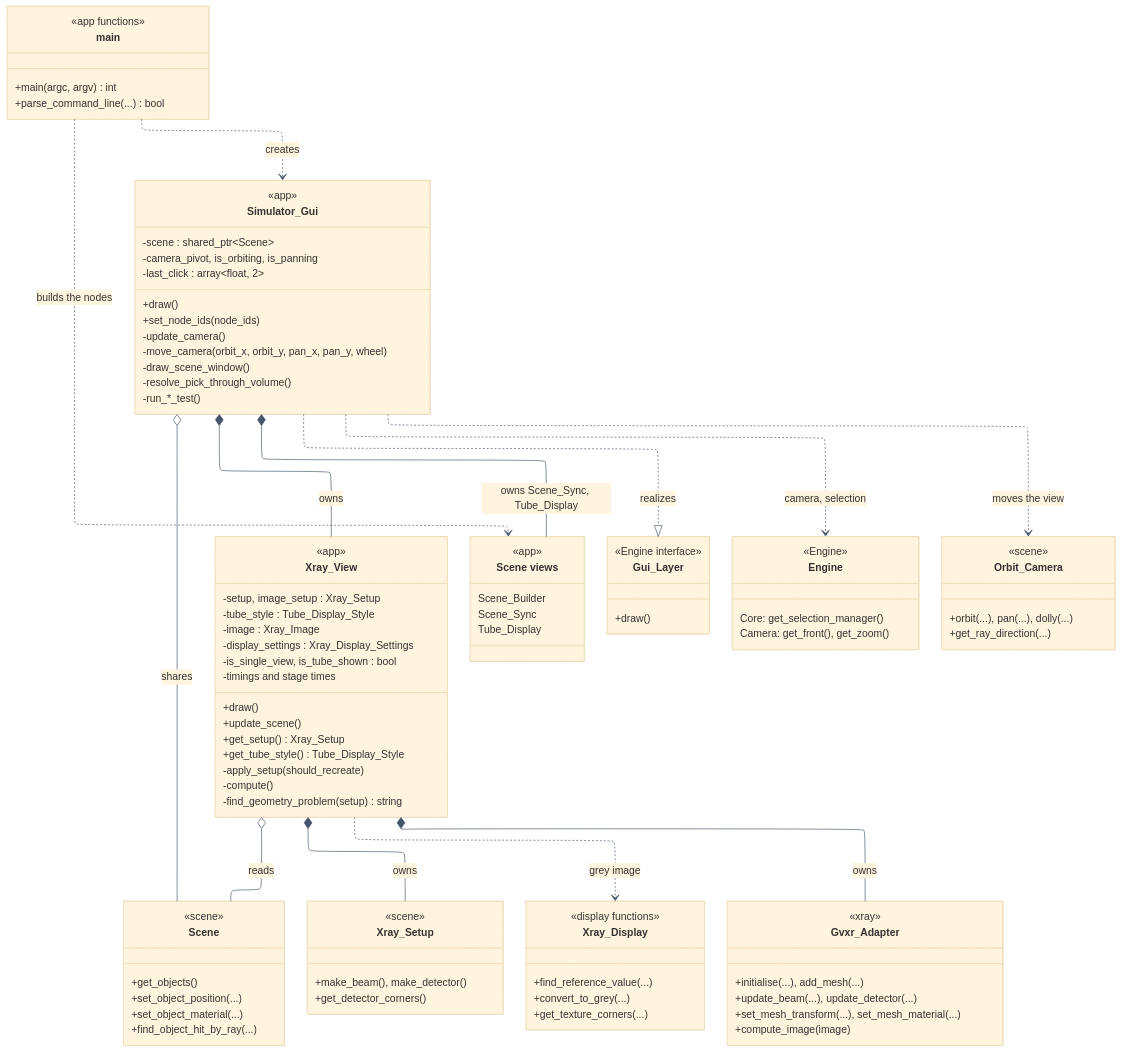
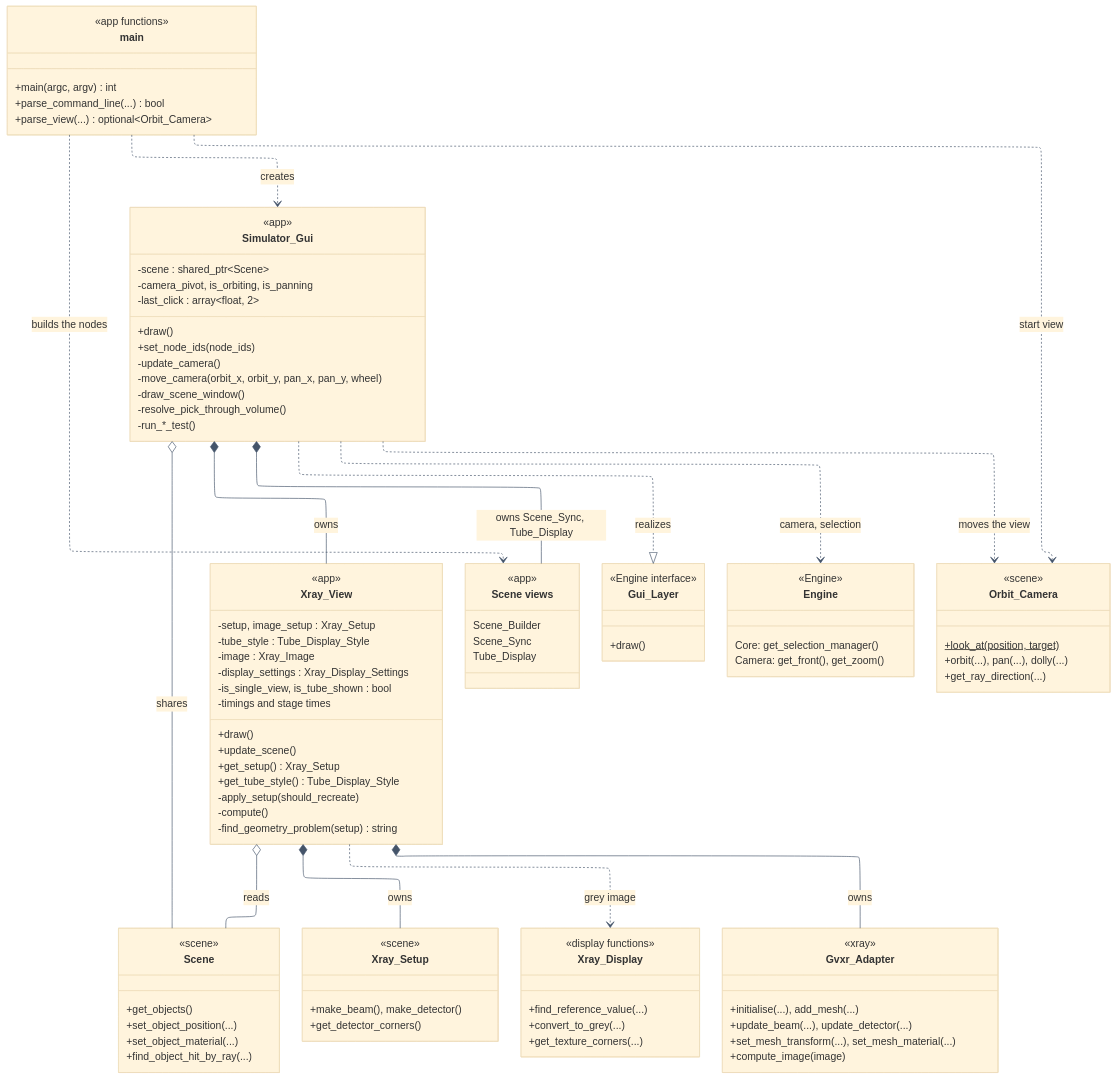
One commit to emartg/xray-sim changed the diagram in docs/diagrams/uml/app_module.mmd. Above: the diagram before and after it, drawn with Mermaid. The commit also changed 19 other files, not shown here.

First line of the commit message:
Show the Whole X-ray Setup in the README and Update the Documents and Diagrams

```diff
--- a/docs/diagrams/uml/app_module.mmd
+++ b/docs/diagrams/uml/app_module.mmd
@@ -1,109 +1,112 @@
 ---
 config:
   layout: elk
   fontFamily: "Segoe UI, Arial, sans-serif"
   theme: base
   themeVariables:
     fontSize: 16px
     lineColor: "#44546a"
     edgeLabelBackground: "#ffffff"
   class:
     useMaxWidth: false
 ---
 %% Module: app (src/app, the executable XRSim). Details the blocks main, Simulator_Gui, and Xray_View of architecture_overview; its block
 %% "Scene views" is detailed by scene_views. The classes of the Engine and of the other modules are reference blocks with only the members
 %% that this module uses. The six test runners of Simulator_Gui are one line, and so are the timers of Xray_View.
 classDiagram
     direction TB
     class main {
         <<app functions>>
         +main(argc, argv) int
         +parse_command_line(...) bool
+        +parse_view(...) optional~Orbit_Camera~
     }
     class Simulator_Gui {
         <<app>>
         -scene : shared_ptr~Scene~
         -camera_pivot, is_orbiting, is_panning
         -last_click : array~float, 2~
         +draw()
         +set_node_ids(node_ids)
         -update_camera()
         -move_camera(orbit_x, orbit_y, pan_x, pan_y, wheel)
         -draw_scene_window()
         -resolve_pick_through_volume()
         -run_*_test()
     }
     class Xray_View {
         <<app>>
         -setup, image_setup : Xray_Setup
         -tube_style : Tube_Display_Style
         -image : Xray_Image
         -display_settings : Xray_Display_Settings
         -is_single_view, is_tube_shown : bool
         -timings and stage times
         +draw()
         +update_scene()
         +get_setup() Xray_Setup
         +get_tube_style() Tube_Display_Style
         -apply_setup(should_recreate)
         -compute()
         -find_geometry_problem(setup) string
     }
     class Scene_Views["Scene views"] {
         <<app>>
         Scene_Builder
         Scene_Sync
         Tube_Display
     }
     class Gui_Layer {
         <<Engine interface>>
         +draw()
     }
     class Engine {
         <<Engine>>
         Core: get_selection_manager()
         Camera: get_front(), get_zoom()
     }
     class Scene {
         <<scene>>
         +get_objects()
         +set_object_position(...)
         +set_object_material(...)
         +find_object_hit_by_ray(...)
     }
     class Xray_Setup {
         <<scene>>
         +make_beam(), make_detector()
         +get_detector_corners()
     }
     class Orbit_Camera {
         <<scene>>
+        +look_at(position, target)$
         +orbit(...), pan(...), dolly(...)
         +get_ray_direction(...)
     }
     class Xray_Display {
         <<display functions>>
         +find_reference_value(...)
         +convert_to_grey(...)
         +get_texture_corners(...)
     }
     class Gvxr_Adapter {
         <<xray>>
         +initialise(...), add_mesh(...)
         +update_beam(...), update_detector(...)
         +set_mesh_transform(...), set_mesh_material(...)
         +compute_image(image)
     }
 
     main ..> Scene_Views : builds the nodes
     main ..> Simulator_Gui : creates
+    main ..> Orbit_Camera : start view
     Simulator_Gui ..|> Gui_Layer : realizes
     Simulator_Gui o-- Scene : shares
     Simulator_Gui *-- Scene_Views : owns Scene_Sync, Tube_Display
     Simulator_Gui *-- Xray_View : owns
     Simulator_Gui ..> Orbit_Camera : moves the view
     Simulator_Gui ..> Engine : camera, selection
     Xray_View *-- Xray_Setup : owns
     Xray_View o-- Scene : reads
     Xray_View ..> Xray_Display : grey image
     Xray_View *-- Gvxr_Adapter : owns
```
